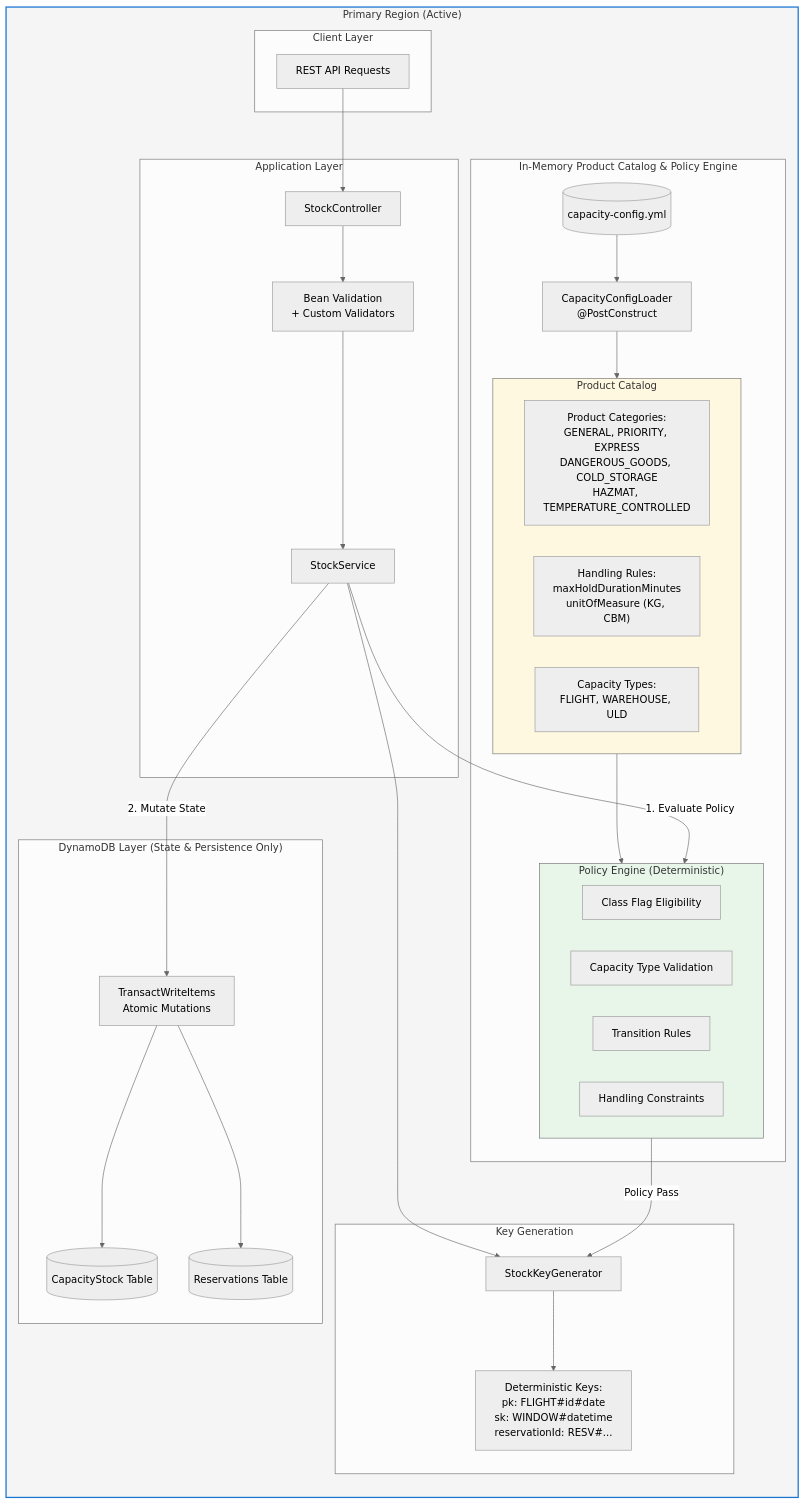
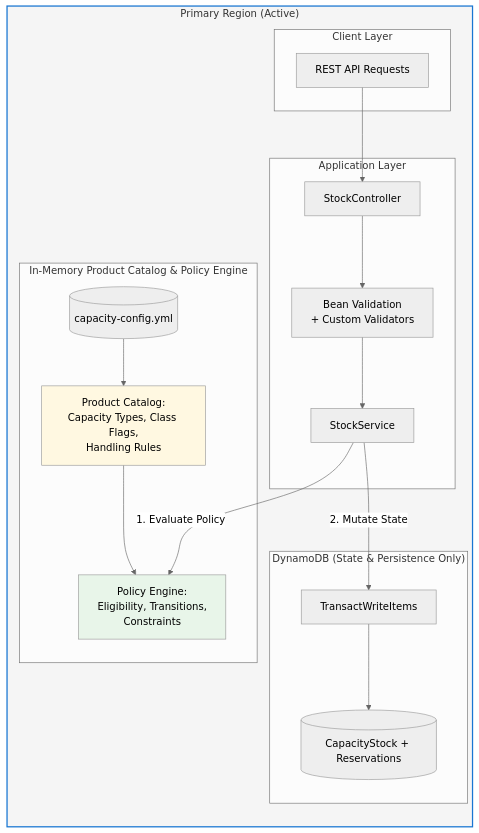
The first of 6 diagrams in docs/api-flow-diagrams.md (sethu-rs/stockkeeper), drawn with Mermaid (neutral theme) before and after one commit. The commit also changed other lines of this file, not shown here.

Commit message:
aws architecture added

````diff
--- a/docs/api-flow-diagrams.md
+++ b/docs/api-flow-diagrams.md
@@ -39,65 +39,37 @@
 ```mermaid
 flowchart TB
     subgraph Region["Primary Region (Active)"]
     direction TB
 
     subgraph Client["Client Layer"]
         API[REST API Requests]
     end
 
     subgraph App["Application Layer"]
         Controller[StockController]
         Validator["Bean Validation<br/>+ Custom Validators"]
         Service[StockService]
     end
 
     subgraph InMemory["In-Memory Product Catalog & Policy Engine"]
         ConfigFile[("capacity-config.yml")]
-        ConfigLoader["CapacityConfigLoader<br/>@PostConstruct"]
-
-        subgraph ProductCatalog["Product Catalog"]
-            Categories["Product Categories:<br/>GENERAL, PRIORITY, EXPRESS<br/>DANGEROUS_GOODS, COLD_STORAGE<br/>HAZMAT, TEMPERATURE_CONTROLLED"]
-            HandlingRules["Handling Rules:<br/>maxHoldDurationMinutes<br/>unitOfMeasure (KG, CBM)"]
-            CapTypes["Capacity Types:<br/>FLIGHT, WAREHOUSE, ULD"]
-        end
-
-        subgraph PolicyEngine["Policy Engine (Deterministic)"]
-            PE1["Class Flag Eligibility"]
-            PE2["Capacity Type Validation"]
-            PE3["Transition Rules"]
-            PE4["Handling Constraints"]
-        end
-
-        ConfigFile --> ConfigLoader
-        ConfigLoader --> ProductCatalog
-        ProductCatalog --> PolicyEngine
+        ProductCatalog["Product Catalog:<br/>Capacity Types, Class Flags,<br/>Handling Rules"]
+        PolicyEngine["Policy Engine:<br/>Eligibility, Transitions,<br/>Constraints"]
+        ConfigFile --> ProductCatalog --> PolicyEngine
     end
 
-    subgraph Keys["Key Generation"]
-        KeyGen[StockKeyGenerator]
-        KeyPatterns["Deterministic Keys:<br/>pk: FLIGHT#id#date<br/>sk: WINDOW#datetime<br/>reservationId: RESV#..."]
+    subgraph DynamoDB["DynamoDB (State & Persistence Only)"]
+        Tables[("CapacityStock + Reservations")]
+        Transaction["TransactWriteItems"]
     end
 
-    subgraph DynamoDB["DynamoDB Layer (State & Persistence Only)"]
-        StockTable[("CapacityStock Table")]
-        ResvTable[("Reservations Table")]
-        Transaction["TransactWriteItems<br/>Atomic Mutations"]
-    end
-
-    API --> Controller
-    Controller --> Validator
-    Validator --> Service
+    API --> Controller --> Validator --> Service
     Service -->|"1. Evaluate Policy"| PolicyEngine
-    PolicyEngine -->|"Policy Pass"| KeyGen
-    Service --> KeyGen
-    KeyGen --> KeyPatterns
-    Service -->|"2. Mutate State"| Transaction
-    Transaction --> StockTable
-    Transaction --> ResvTable
+    Service -->|"2. Mutate State"| Transaction --> Tables
 
     end
 
     style PolicyEngine fill:#e8f5e9
     style ProductCatalog fill:#fff8e1
     style Region fill:#f5f5f5,stroke:#1976d2,stroke-width:2px
 ```
````
